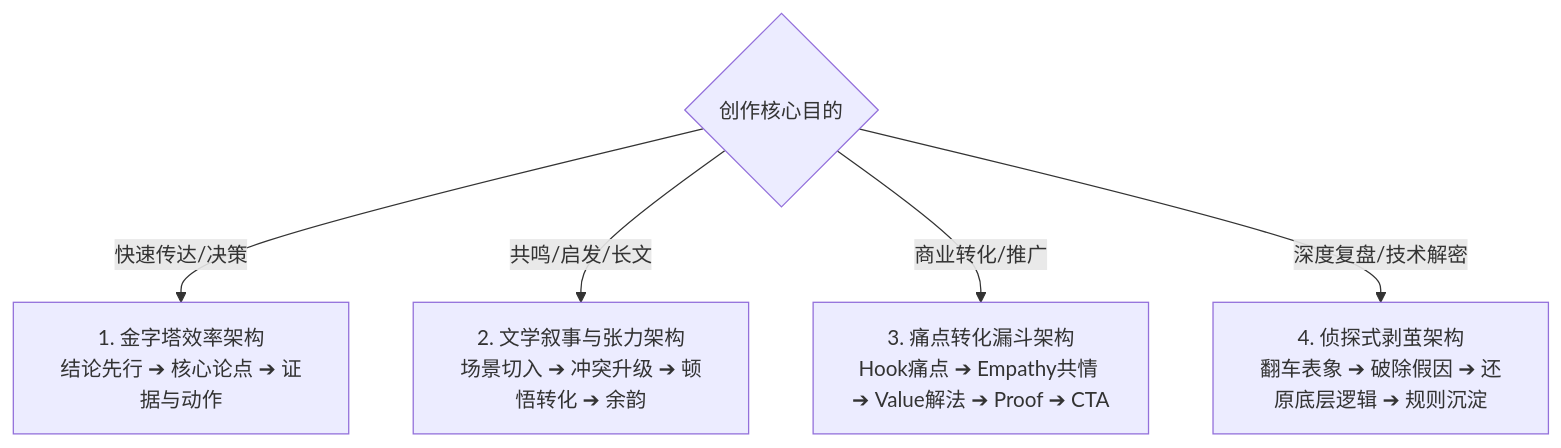
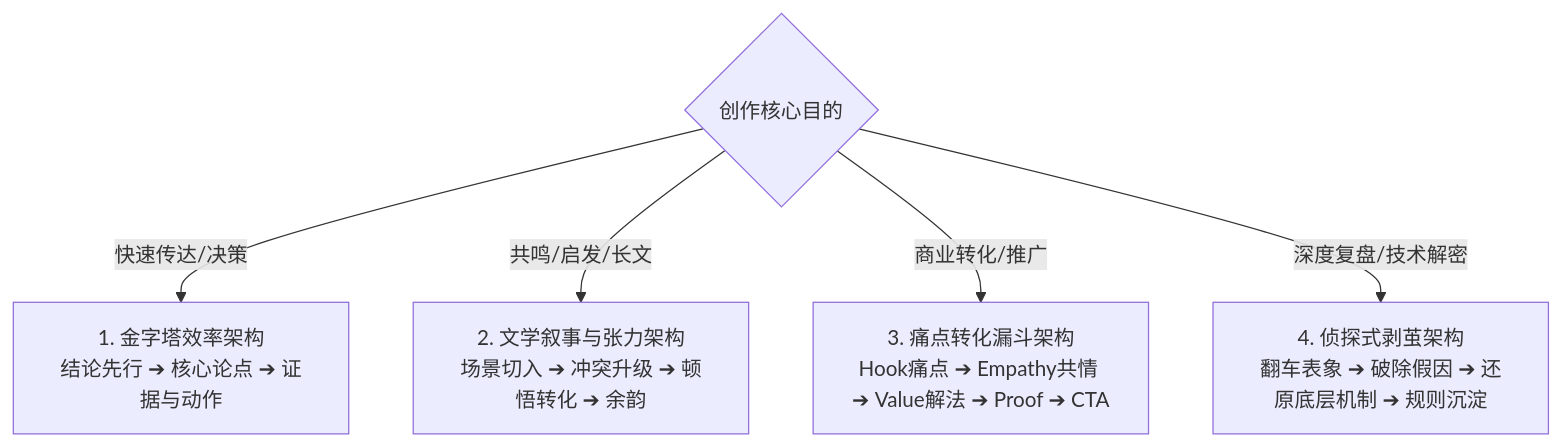
Before and after one commit to shangxiuyu/muse: the diagram in references/toolkit/text_narrative_tool.md, drawn with Mermaid. The commit also changed other lines of this file and 83 other files, not shown here.

````diff
--- a/references/toolkit/text_narrative_tool.md
+++ b/references/toolkit/text_narrative_tool.md
@@ -52,7 +54,7 @@
 ```mermaid
 graph TD
     Intent{创作核心目的} -->|快速传达/决策| Arch1[1. 金字塔效率架构<br/>结论先行 ➔ 核心论点 ➔ 证据与动作]
     Intent -->|共鸣/启发/长文| Arch2[2. 文学叙事与张力架构<br/>场景切入 ➔ 冲突升级 ➔ 顿悟转化 ➔ 余韵]
     Intent -->|商业转化/推广| Arch3[3. 痛点转化漏斗架构<br/>Hook痛点 ➔ Empathy共情 ➔ Value解法 ➔ Proof ➔ CTA]
-    Intent -->|深度复盘/技术解密| Arch4[4. 侦探式剥茧架构<br/>翻车表象 ➔ 破除假因 ➔ 还原底层逻辑 ➔ 规则沉淀]
+    Intent -->|深度复盘/技术解密| Arch4[4. 侦探式剥茧架构<br/>翻车表象 ➔ 破除假因 ➔ 还原底层机制 ➔ 规则沉淀]
 ```
````
